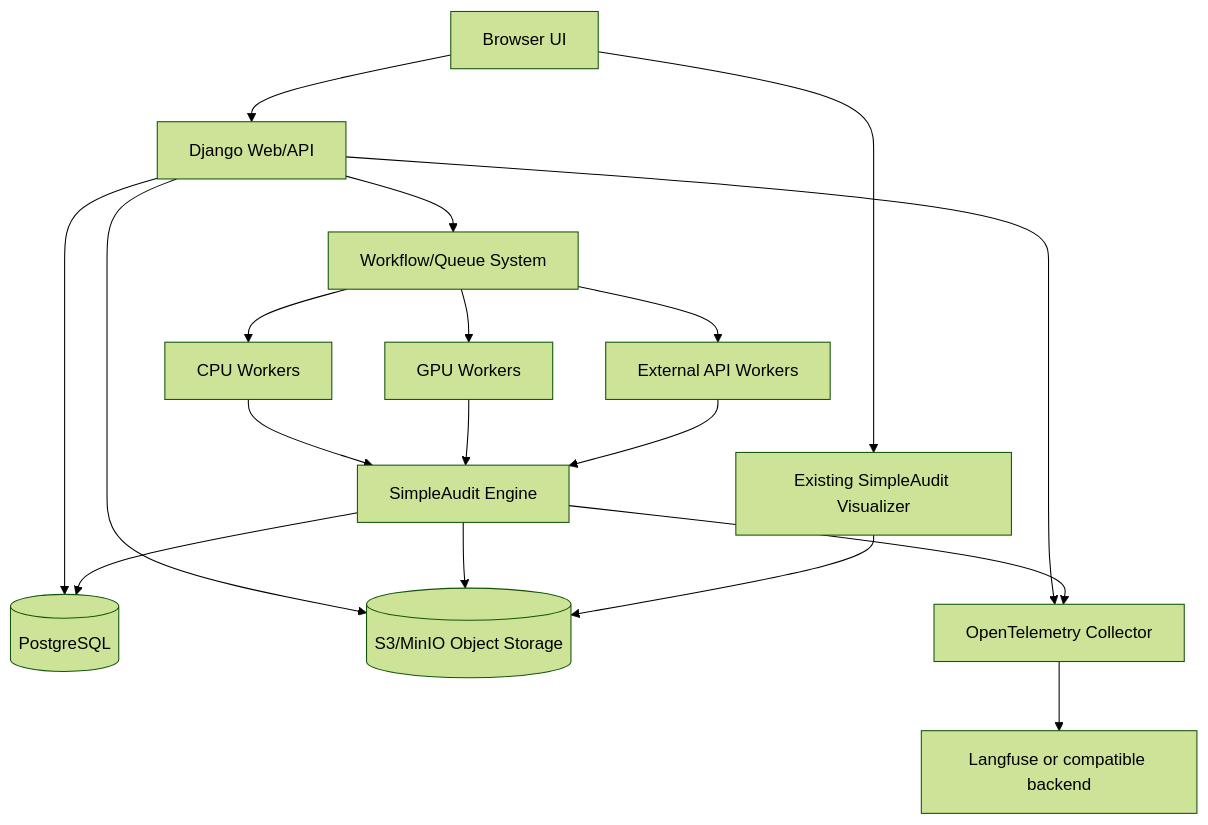
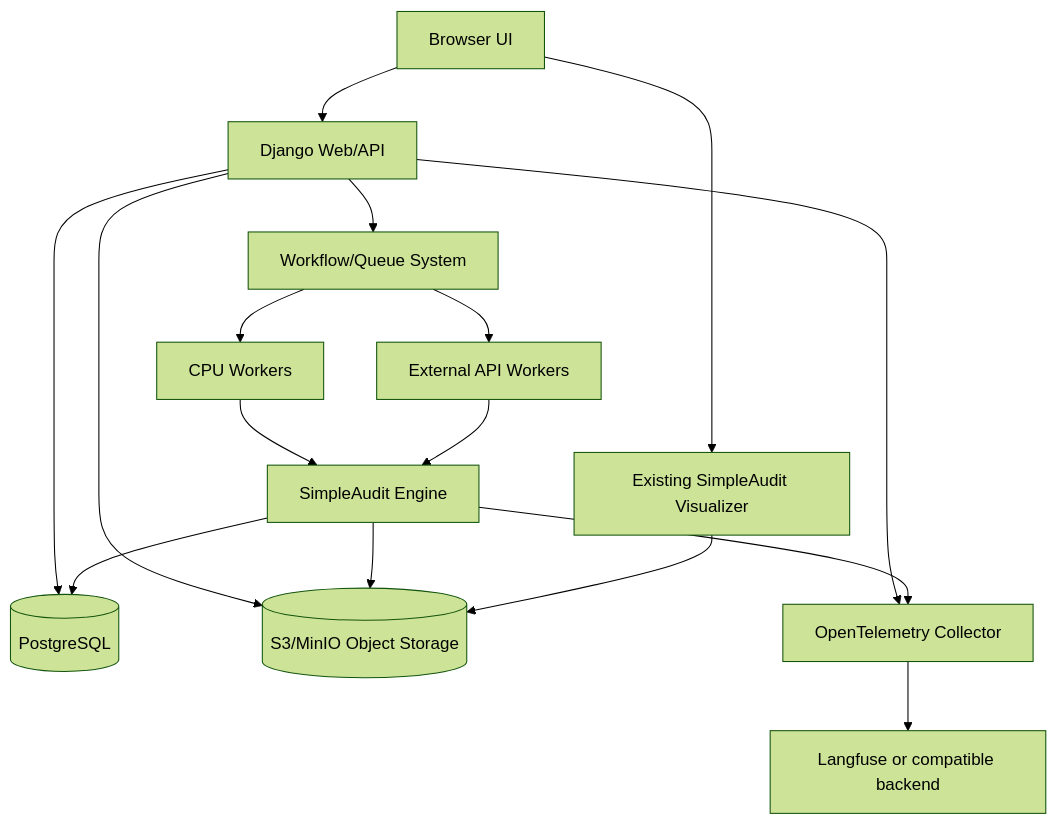
The diagram in docs/architecture.md (SushantGautam/SimpleAuditStudio), drawn with Mermaid (forest theme) before and after one commit. The commit also changed other lines of this file and 2 other files, not shown here.

First line of the commit message:
docs: remove GPU worker references

````diff
--- a/docs/architecture.md
+++ b/docs/architecture.md
@@ -35,20 +35,18 @@
 ```mermaid
 flowchart TD
     Browser[Browser UI] --> Web[Django Web/API]
     Web --> PG[(PostgreSQL)]
     Web --> Obj[(S3/MinIO Object Storage)]
     Web --> WF[Workflow/Queue System]
     WF --> CPU[CPU Workers]
-    WF --> GPU[GPU Workers]
     WF --> APIWorkers[External API Workers]
     CPU --> SA[SimpleAudit Engine]
-    GPU --> SA
     APIWorkers --> SA
     SA --> Obj
     SA --> PG
     Web --> OTEL[OpenTelemetry Collector]
     SA --> OTEL
     OTEL --> LF[Langfuse or compatible backend]
     Browser --> Viz[Existing SimpleAudit Visualizer]
     Viz --> Obj
 ```
````
